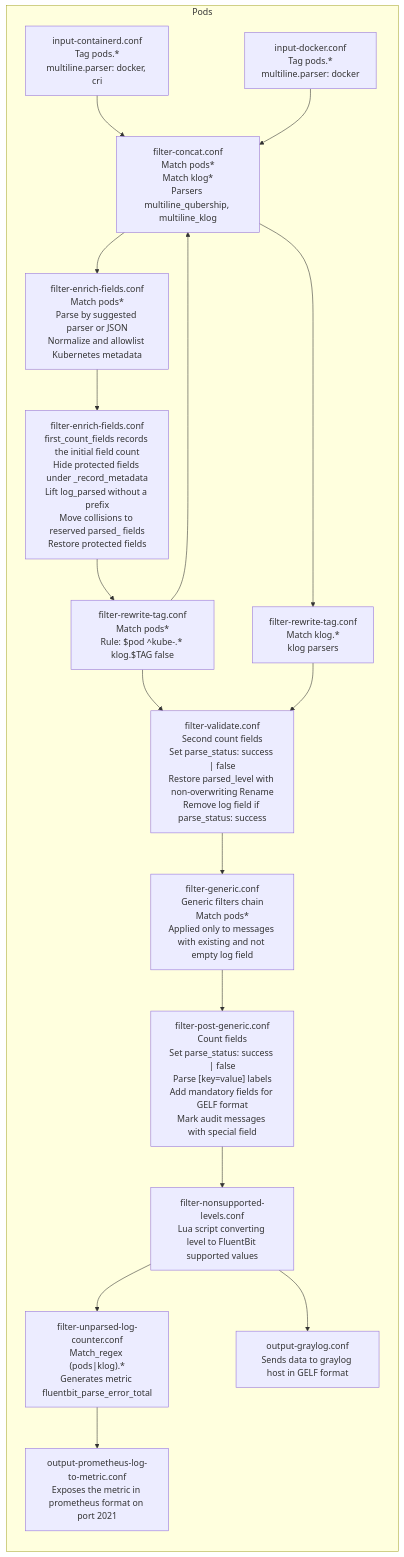
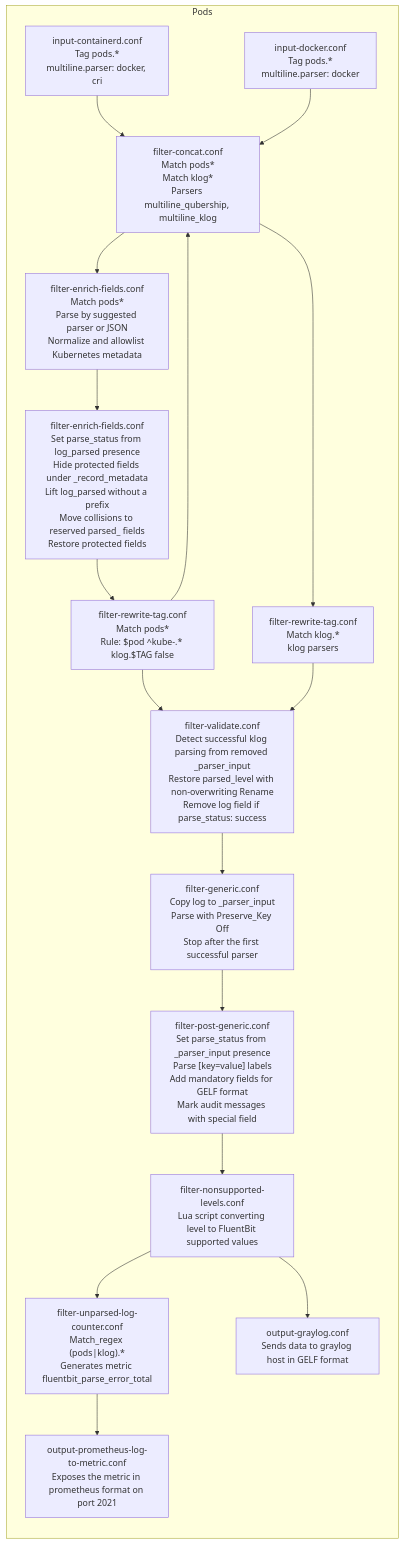
The diagram in docs/fluentbit-log-pipeline.md (Netcracker/qubership-logging-operator), drawn with Mermaid before and after one commit. The commit also changed other lines of this file and 79 other files, not shown here.

First line of the commit message:
refactor(fluentbit): detect parsing without field counts (#446)

````diff
--- a/docs/fluentbit-log-pipeline.md
+++ b/docs/fluentbit-log-pipeline.md
@@ -68,22 +69,22 @@
 ```mermaid
 flowchart LR
     subgraph Pods
         IC["input-containerd.conf<br/>Tag pods.*<br/>multiline.parser: docker, cri" ] --> FC
         ID["input-docker.conf<br/>Tag pods.*<br/>multiline.parser: docker"] --> FC
         FC["filter-concat.conf<br/>Match pods*<br/>Match klog*<br/>Parsers multiline_qubership, multiline_klog"] --> FK
         FC["filter-concat.conf<br/>Match pods*<br/>Match klog*<br/>Parsers multiline_qubership, multiline_klog"] --> FRTP
         FK["filter-enrich-fields.conf<br/>Match pods*<br/>Parse by suggested parser or JSON<br/>Normalize and allowlist Kubernetes metadata"] --> FPC
-        FPC["filter-enrich-fields.conf<br/>first_count_fields records the initial field count<br/>Hide protected fields under _record_metadata<br/>Lift log_parsed without a prefix<br/>Move collisions to reserved parsed_ fields<br/>Restore protected fields"] --> FRT
+        FPC["filter-enrich-fields.conf<br/>Set parse_status from log_parsed presence<br/>Hide protected fields under _record_metadata<br/>Lift log_parsed without a prefix<br/>Move collisions to reserved parsed_ fields<br/>Restore protected fields"] --> FRT
         FRT["filter-rewrite-tag.conf<br/>Match pods*<br/>Rule: $pod ^kube-.* klog.$TAG false"] --> FC
         FRT["filter-rewrite-tag.conf<br/>Match pods*<br/>Rule: $pod ^kube-.* klog.$TAG false"] --> FVALID
         FRTP["filter-rewrite-tag.conf<br/>Match klog.*<br/>klog parsers"] --> FVALID
-        FVALID["filter-validate.conf<br/>Second count fields<br/>Set parse_status: success | false<br/>Restore parsed_level with non-overwriting Rename<br/>Remove log field if parse_status: success"] --> FGEN
-        FGEN["filter-generic.conf<br/>Generic filters chain<br/>Match pods*<br/>Applied only to messages with existing and not empty log field"] --> FPGEN
-        FPGEN["filter-post-generic.conf<br/>Count fields<br/>Set parse_status: success | false<br/>Parse [key=value] labels<br/>Add mandatory fields for GELF format<br/>Mark audit messages with special field"] --> FNL
+        FVALID["filter-validate.conf<br/>Detect successful klog parsing from removed _parser_input<br/>Restore parsed_level with non-overwriting Rename<br/>Remove log field if parse_status: success"] --> FGEN
+        FGEN["filter-generic.conf<br/>Copy log to _parser_input<br/>Parse with Preserve_Key Off<br/>Stop after the first successful parser"] --> FPGEN
+        FPGEN["filter-post-generic.conf<br/>Set parse_status from _parser_input presence<br/>Parse [key=value] labels<br/>Add mandatory fields for GELF format<br/>Mark audit messages with special field"] --> FNL
         FNL["filter-nonsupported-levels.conf<br/>Lua script converting level to FluentBit supported values"] --> FULC
         FNL["filter-nonsupported-levels.conf<br/>Lua script converting level to FluentBit supported values"] --> OGRAY
         OGRAY["output-graylog.conf<br/>Sends data to graylog host in GELF format"]
         FULC["filter-unparsed-log-counter.conf<br/>Match_regex (pods|klog).*<br/>Generates metric fluentbit_parse_error_total"] --> OPLTM
         OPLTM["output-prometheus-log-to-metric.conf</br>Exposes the metric in prometheus format on port 2021"]
     end
 ```
````
